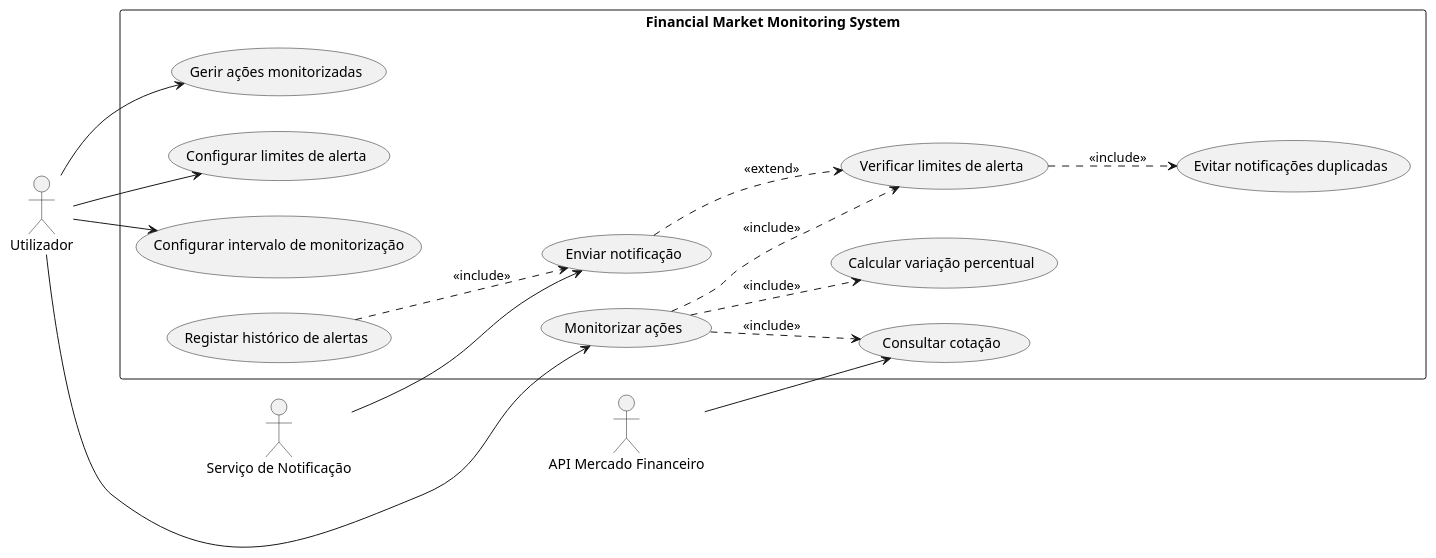
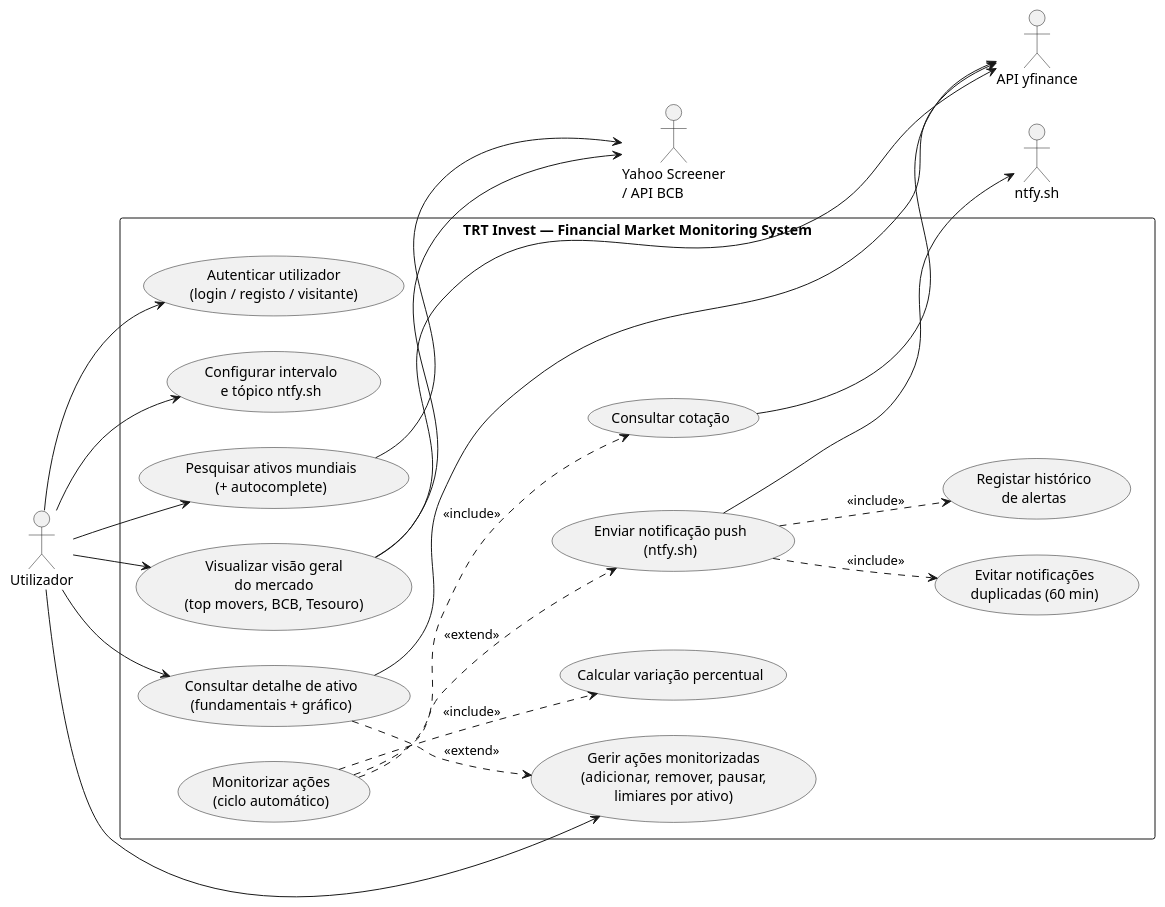
The diagram in docs/diagrams/use_case_diagram_v2.puml (leviPereira5/TRT), drawn with PlantUML before and after one commit. The commit also changed 17 other files, not shown here.

```diff
--- a/docs/diagrams/use_case_diagram_v2.puml
+++ b/docs/diagrams/use_case_diagram_v2.puml
@@ -1,47 +1,67 @@
 @startuml
 left to right direction
 
-actor Utilizador as U
-actor "API Mercado Financeiro" as API
-actor "Serviço de Notificação" as NS
+actor "Utilizador" as U
+actor "API yfinance" as API
+actor "ntfy.sh" as NTFY
+actor "Yahoo Screener\n/ API BCB" as EXT
 
-rectangle "Financial Market Monitoring System" {
+rectangle "TRT Invest — Financial Market Monitoring System" {
 
-  usecase "Gerir ações monitorizadas" as UC1
-  usecase "Configurar limites de alerta" as UC2
-  usecase "Configurar intervalo de monitorização" as UC3
+  ' Auth
+  usecase "Autenticar utilizador\n(login / registo / visitante)" as UC10
 
-  usecase "Monitorizar ações" as UC9
-  usecase "Consultar cotação" as UC4
-  usecase "Calcular variação percentual" as UC5
-  usecase "Verificar limites de alerta" as UC10
-  usecase "Evitar notificações duplicadas" as UC8
-  usecase "Enviar notificação" as UC6
-  usecase "Registar histórico de alertas" as UC7
+  ' Gestão de portfolio
+  usecase "Gerir ações monitorizadas\n(adicionar, remover, pausar,\nlimiares por ativo)" as UC01
+
+  ' Configuração
+  usecase "Configurar intervalo\ne tópico ntfy.sh" as UC02
+
+  ' Monitorização automática
+  usecase "Monitorizar ações\n(ciclo automático)" as UC09
+  usecase "Consultar cotação" as UC04
+  usecase "Calcular variação percentual" as UC05
+
+  ' Alertas
+  usecase "Enviar notificação push\n(ntfy.sh)" as UC06
+  usecase "Evitar notificações\nduplicadas (60 min)" as UC08
+  usecase "Registar histórico\nde alertas" as UC07
+
+  ' Descoberta
+  usecase "Pesquisar ativos mundiais\n(+ autocomplete)" as UC11
+  usecase "Consultar detalhe de ativo\n(fundamentais + gráfico)" as UC12
+
+  ' Dashboard
+  usecase "Visualizar visão geral\ndo mercado\n(top movers, BCB, Tesouro)" as UC13
+
 }
 
-' Utilizador
-U --> UC1
-U --> UC2
-U --> UC3
-U --> UC9
+' Utilizador inicia
+U --> UC10
+U --> UC01
+U --> UC02
+U --> UC11
+U --> UC12
+U --> UC13
 
-' Sistemas externos
-API --> UC4
-NS --> UC6
+' Monitorização automática (daemon)
+UC09 ..> UC04 : <<include>>
+UC09 ..> UC05 : <<include>>
+UC09 ..> UC06 : <<extend>>
 
-' Fluxo principal de monitorização
-UC9 ..> UC4 : <<include>>
-UC9 ..> UC5 : <<include>>
-UC9 ..> UC10 : <<include>>
+' Notificação
+UC06 ..> UC08 : <<include>>
+UC06 ..> UC07 : <<include>>
 
-' Regras internas
-UC10 ..> UC8 : <<include>>
+' Detalhe pode adicionar ao portfolio
+UC12 ..> UC01 : <<extend>>
 
-' Notificação só acontece quando necessário (extend é mais correto aqui)
-UC6 ..> UC10 : <<extend>>
-
-' Registo de histórico sempre que há notificação
-UC7 ..> UC6 : <<include>>
+' APIs externas
+UC04 --> API
+UC12 --> API
+UC13 --> API
+UC11 --> EXT
+UC13 --> EXT
+UC06 --> NTFY
 
 @enduml
```
